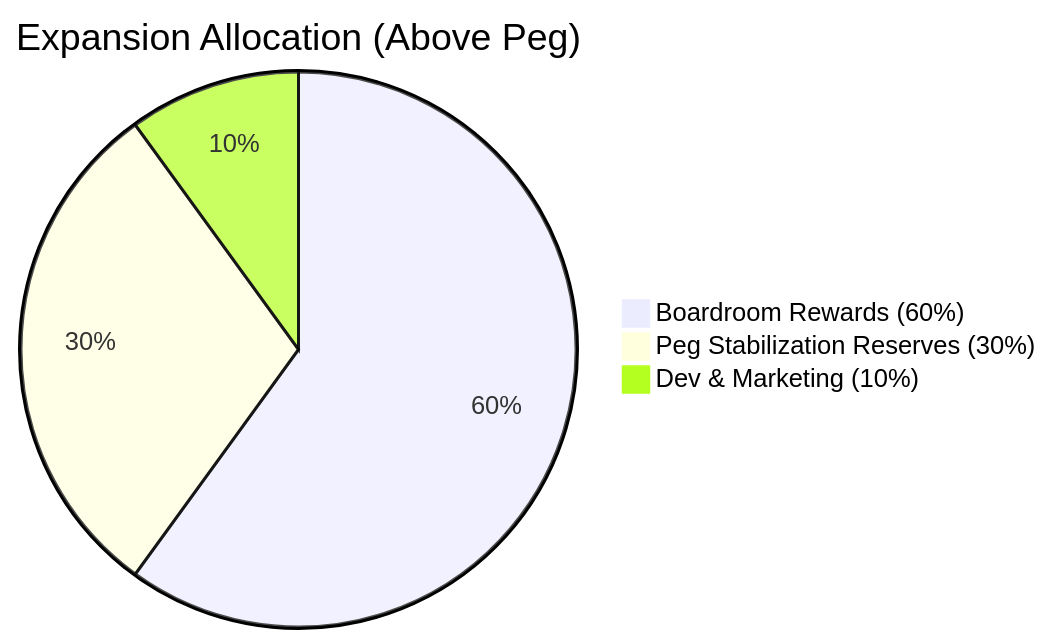
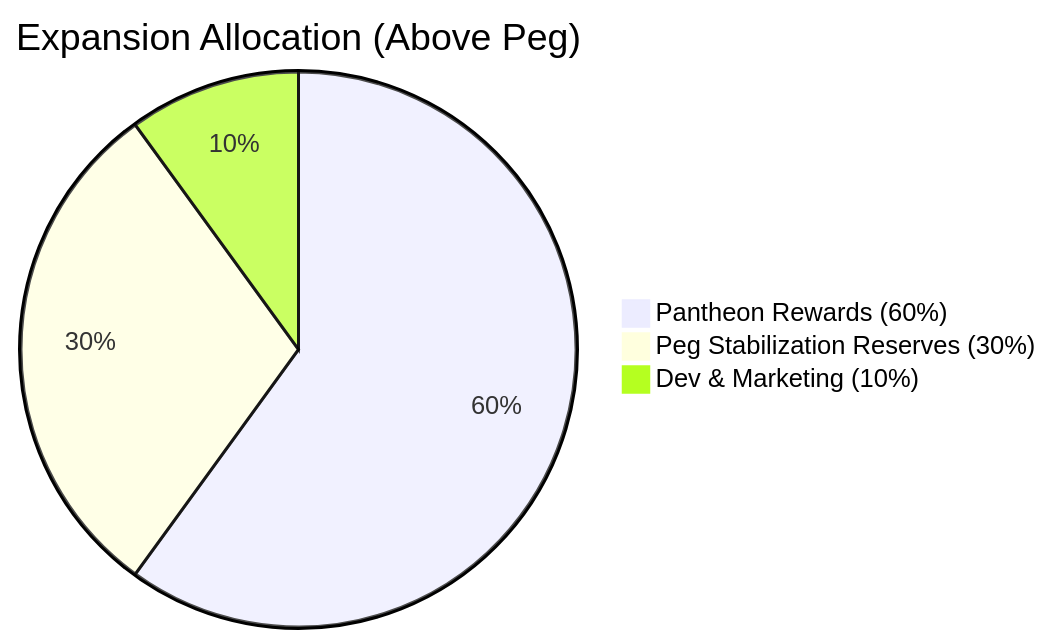
The second of 3 diagrams in README.md (fingerofgod-app/launching), drawn with Mermaid before and after one commit. The commit also changed other lines of this file, not shown here.

````diff
--- a/README.md
+++ b/README.md
@@ -113,7 +107,7 @@
 ```mermaid
 pie
     title Expansion Allocation (Above Peg)
-    "Boardroom Rewards (60%)" : 60
+    "Pantheon Rewards (60%)" : 60
     "Peg Stabilization Reserves (30%)" : 30
     "Dev & Marketing (10%)" : 10
 ```
````
